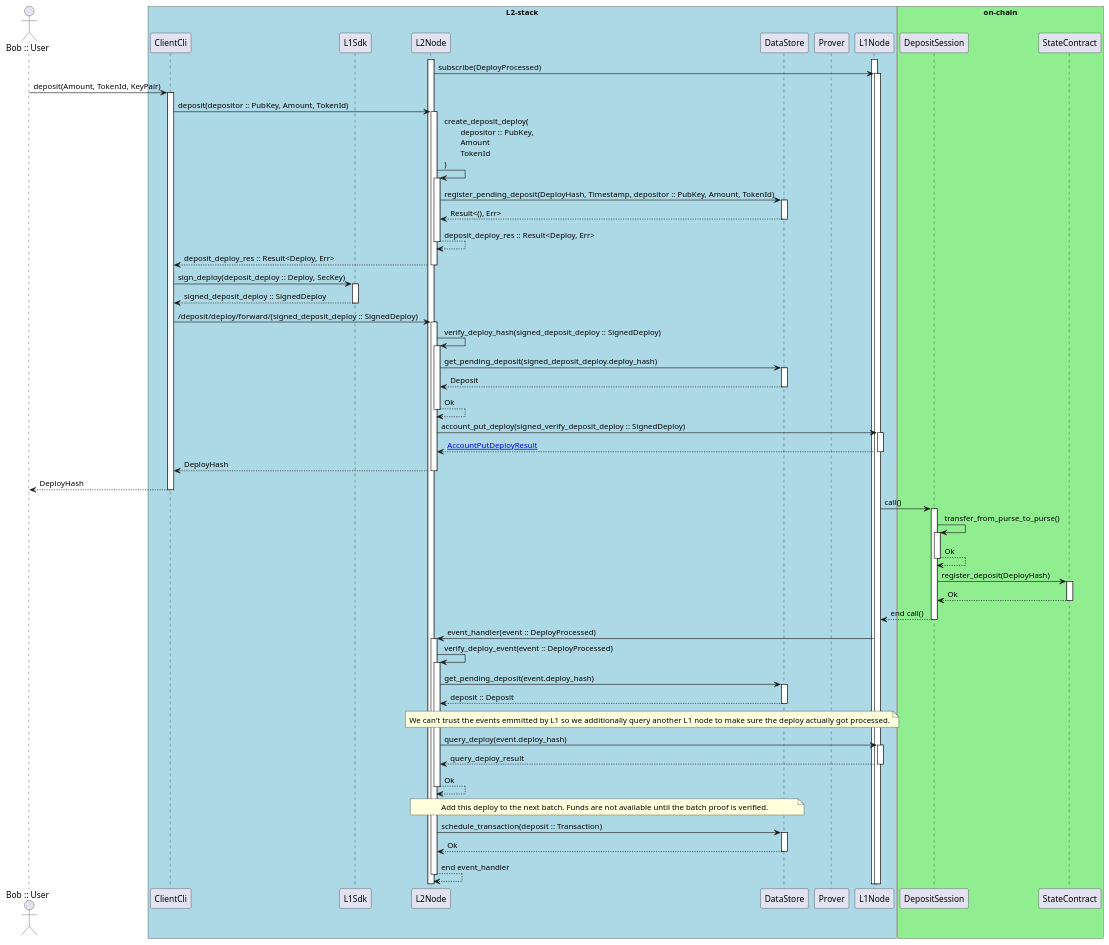
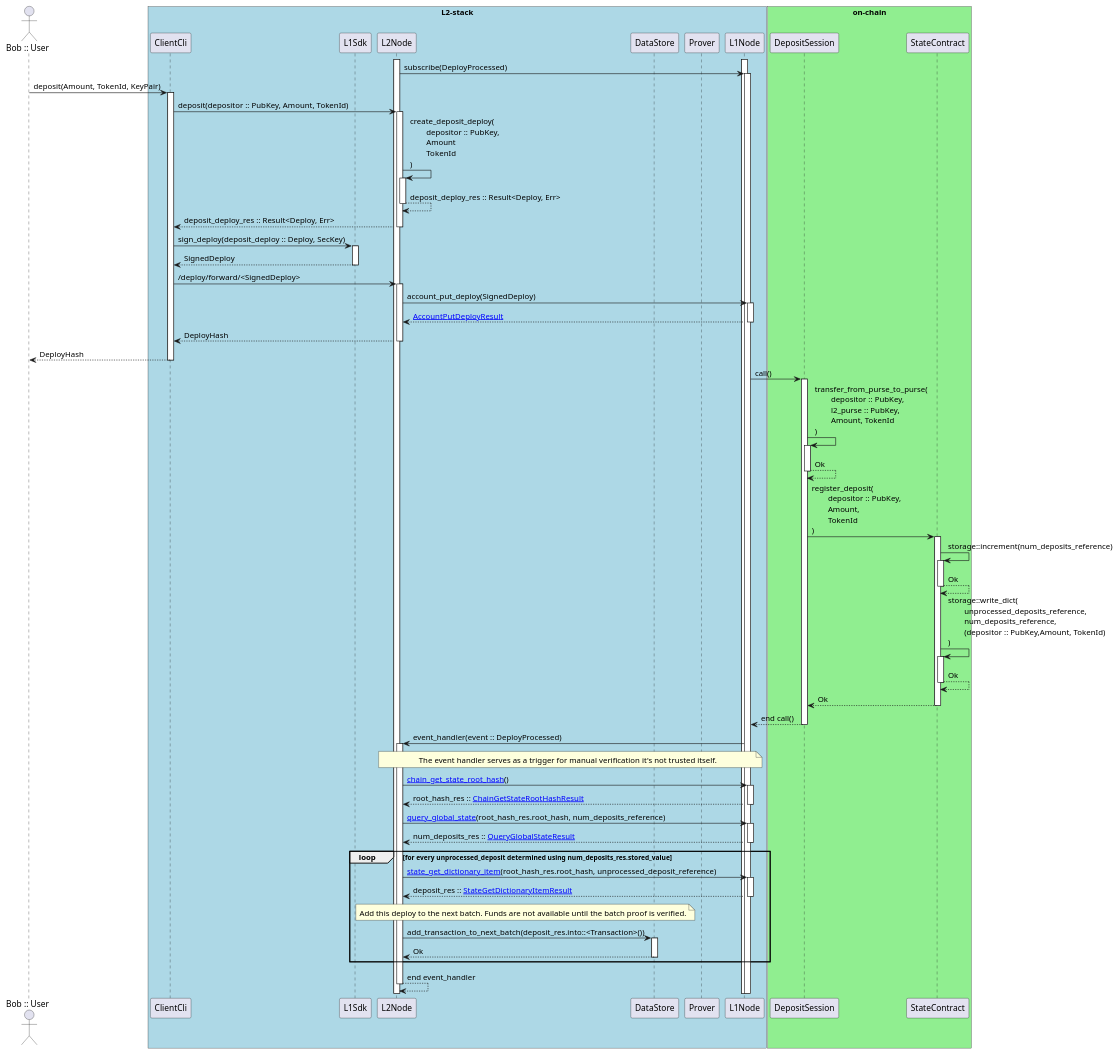
One commit to cspr-rad/kairos-spec changed the diagram in diagrams/deposit_v2.puml. Above: the diagram before and after it, drawn with PlantUML.

Commit message:
diagrams: update depost_v2

```diff
--- a/diagrams/deposit_v2.puml
+++ b/diagrams/deposit_v2.puml
@@ -1,70 +1,70 @@
 @startuml
 autoactivate on
 actor "Bob :: User" as Bob
 box "L2-stack" #LightBlue
 participant ClientCli
 participant L1Sdk
 participant L2Node
 participant DataStore
 participant Prover
 participant L1Node
 end box
 box "on-chain" #LightGreen
 participant DepositSession
 participant StateContract
 end box
 
 activate L1Node
 activate L2Node
 
 L2Node -> L1Node: subscribe(DeployProcessed)
 Bob -> ClientCli: deposit(Amount, TokenId, KeyPair)
 ClientCli -> L2Node: deposit(depositor :: PubKey, Amount, TokenId)
 
 L2Node -> L2Node: create_deposit_deploy(\n\tdepositor :: PubKey,\n\tAmount\n\tTokenId\n)
 
-L2Node -> DataStore: register_pending_deposit(DeployHash, Timestamp, depositor :: PubKey, Amount, TokenId)
-DataStore --> L2Node: Result<(), Err>
-
 L2Node --> L2Node: deposit_deploy_res :: Result<Deploy, Err>
 L2Node --> ClientCli: deposit_deploy_res :: Result<Deploy, Err>
 
 ClientCli -> L1Sdk: sign_deploy(deposit_deploy :: Deploy, SecKey)
-L1Sdk --> ClientCli: signed_deposit_deploy :: SignedDeploy
+L1Sdk --> ClientCli: SignedDeploy
 
-ClientCli -> L2Node: /deposit/deploy/forward/(signed_deposit_deploy :: SignedDeploy)
-L2Node -> L2Node: verify_deploy_hash(signed_deposit_deploy :: SignedDeploy)
-L2Node -> DataStore: get_pending_deposit(signed_deposit_deploy.deploy_hash)
-DataStore --> L2Node: Deposit
-L2Node --> L2Node: Ok
-L2Node -> L1Node: account_put_deploy(signed_verify_deposit_deploy :: SignedDeploy)
+ClientCli -> L2Node: /deploy/forward/<SignedDeploy>
+L2Node -> L1Node: account_put_deploy(SignedDeploy)
 L1Node --> L2Node: [[https://docs.casper.network/developers/json-rpc/json-rpc-transactional/#account_put_deploy_result AccountPutDeployResult]]
 L2Node --> ClientCli: DeployHash
 ClientCli --> Bob: DeployHash
 
 L1Node -> DepositSession: call()
-DepositSession -> DepositSession: transfer_from_purse_to_purse()
+DepositSession -> DepositSession: transfer_from_purse_to_purse(\n\tdepositor :: PubKey,\n\tl2_purse :: PubKey,\n\tAmount, TokenId\n)
 DepositSession --> DepositSession: Ok
-DepositSession -> StateContract: register_deposit(DeployHash)
+DepositSession -> StateContract: register_deposit(\n\tdepositor :: PubKey,\n\tAmount,\n\tTokenId\n)
+StateContract -> StateContract: storage::increment(num_deposits_reference)
+StateContract --> StateContract: Ok
+StateContract -> StateContract: storage::write_dict(\n\tunprocessed_deposits_reference,\n\tnum_deposits_reference,\n\t(depositor :: PubKey,Amount, TokenId)\n)
+StateContract --> StateContract: Ok
 StateContract --> DepositSession: Ok
 DepositSession --> L1Node: end call()
 
 L1Node -> L2Node: event_handler(event :: DeployProcessed)
-L2Node -> L2Node: verify_deploy_event(event :: DeployProcessed)
-L2Node -> DataStore: get_pending_deposit(event.deploy_hash)
-DataStore --> L2Node: deposit :: Deposit
 note over L2Node, L1Node
-We can't trust the events emmitted by L1 so we additionally query another L1 node to make sure the deploy actually got processed.
+The event handler serves as a trigger for manual verification it's not trusted itself.
 end note
-L2Node -> L1Node: query_deploy(event.deploy_hash)
-L1Node --> L2Node: query_deploy_result
-L2Node --> L2Node: Ok
+L2Node -> L1Node: [[https://docs.casper.network/developers/json-rpc/json-rpc-informational/#chain-get-state-root-hash chain_get_state_root_hash]]()
+L1Node --> L2Node: root_hash_res :: [[https://docs.casper.network/developers/json-rpc/json-rpc-informational/#chain_get_state_root_hash_result ChainGetStateRootHashResult]]
 
+L2Node -> L1Node: [[https://docs.casper.network/developers/json-rpc/json-rpc-informational/#query-global-state query_global_state]](root_hash_res.root_hash, num_deposits_reference)
+L1Node --> L2Node: num_deposits_res :: [[https://docs.casper.network/developers/json-rpc/json-rpc-informational/#query_global_state_result QueryGlobalStateResult]]
+
+loop for every unprocessed_deposit determined using num_deposits_res.stored_value
+
+L2Node -> L1Node: [[https://docs.casper.network/developers/json-rpc/json-rpc-informational/#state-get-dictionary-item state_get_dictionary_item]](root_hash_res.root_hash, unprocessed_deposit_reference)
+L1Node --> L2Node: deposit_res :: [[https://docs.casper.network/developers/json-rpc/json-rpc-informational/#state-get-dictionary-item StateGetDictionaryItemResult]]
 note over L2Node, DataStore
 Add this deploy to the next batch. Funds are not available until the batch proof is verified.
 end note
-L2Node -> DataStore: schedule_transaction(deposit :: Transaction)
+L2Node -> DataStore: add_transaction_to_next_batch(deposit_res.into::<Transaction>())
 DataStore --> L2Node: Ok
+end
 L2Node --> L2Node: end event_handler
-
 @enduml
```
